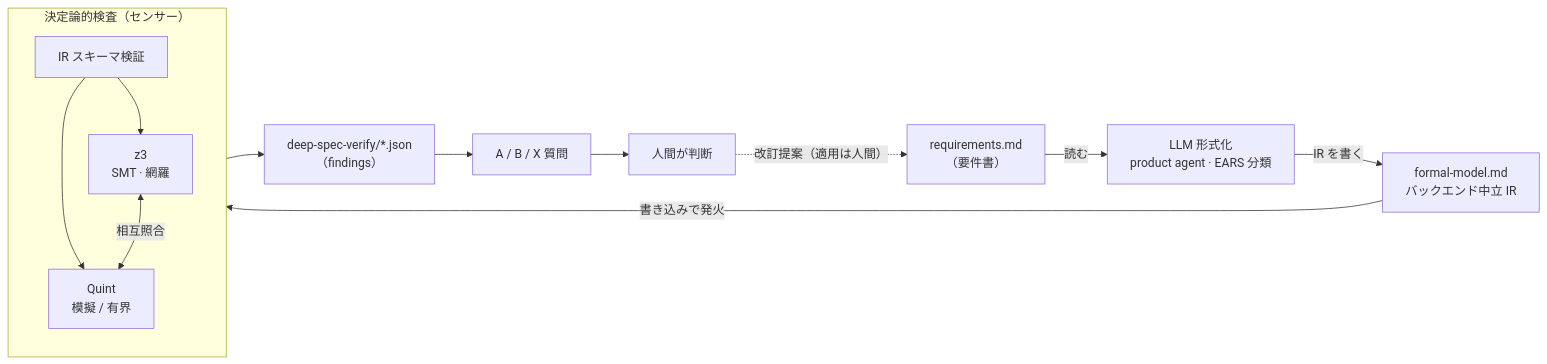
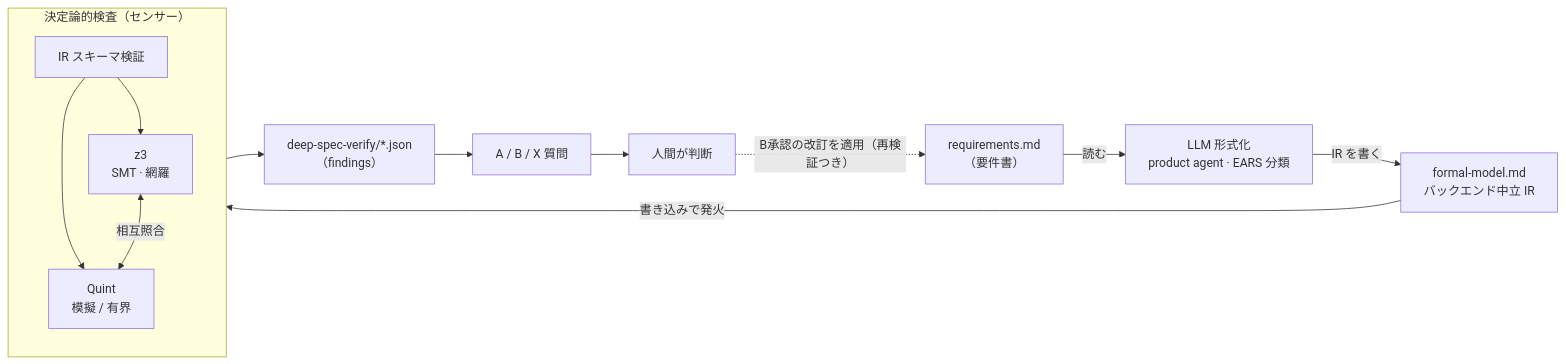
One commit to amadeus-dlc/aidlc-deep-spec-analysis-plugin changed the first of 2 diagrams in docs/architecture.md. Above: the diagram before and after it, drawn with Mermaid. The commit also changed other lines of this file and 4 other files, not shown here.

````diff
--- a/docs/architecture.md
+++ b/docs/architecture.md
@@ -13,24 +13,24 @@
 ```mermaid
 flowchart LR
     REQ["requirements.md<br/>（要件書）"]
     LLM["LLM 形式化<br/>product agent · EARS 分類"]
     IR["formal-model.md<br/>バックエンド中立 IR"]
     subgraph SENSORS["決定論的検査（センサー）"]
         VAL["IR スキーマ検証"]
         Z3["z3<br/>SMT · 網羅"]
         QUINT["Quint<br/>模擬 / 有界"]
         VAL --> Z3
         VAL --> QUINT
         Z3 <-->|相互照合| QUINT
     end
     FIND["deep-spec-verify/*.json<br/>（findings）"]
     ABX["A / B / X 質問"]
     HUMAN["人間が判断"]
     REQ -->|読む| LLM
     LLM -->|IR を書く| IR
     IR -->|書き込みで発火| SENSORS
     SENSORS --> FIND
     FIND --> ABX
     ABX --> HUMAN
-    HUMAN -.->|"改訂提案（適用は人間）"| REQ
+    HUMAN -.->|"B承認の改訂を適用（再検証つき）"| REQ
 ```
````
